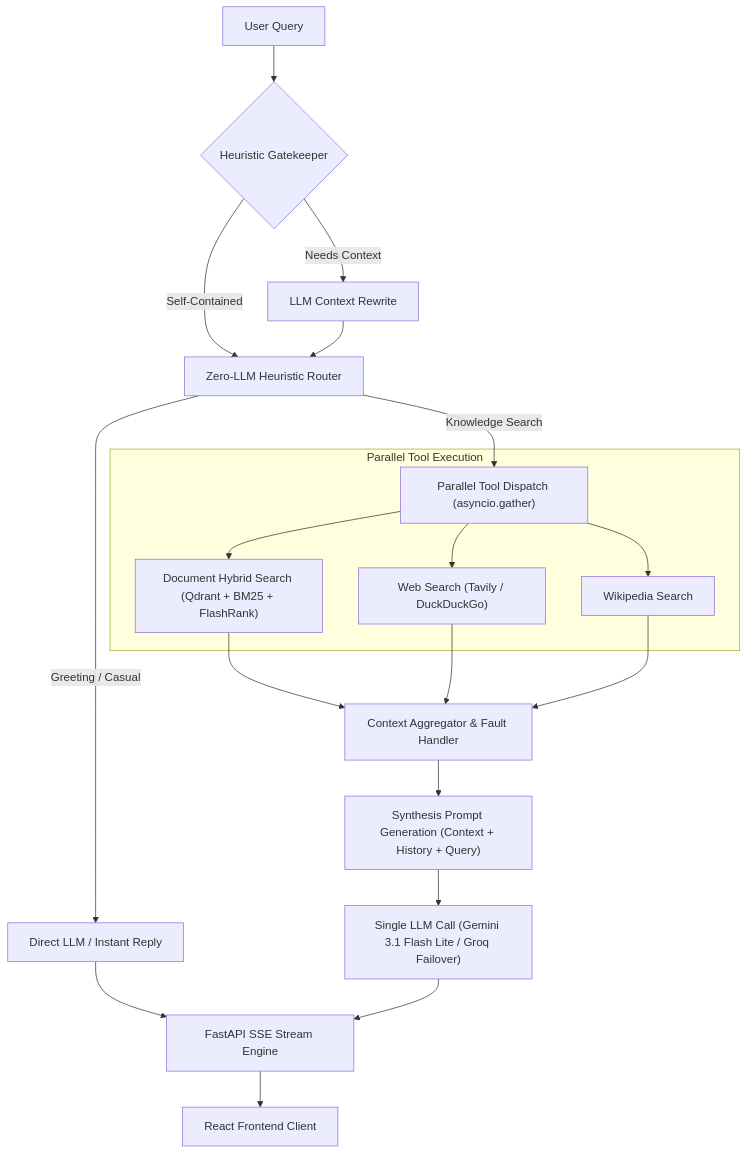
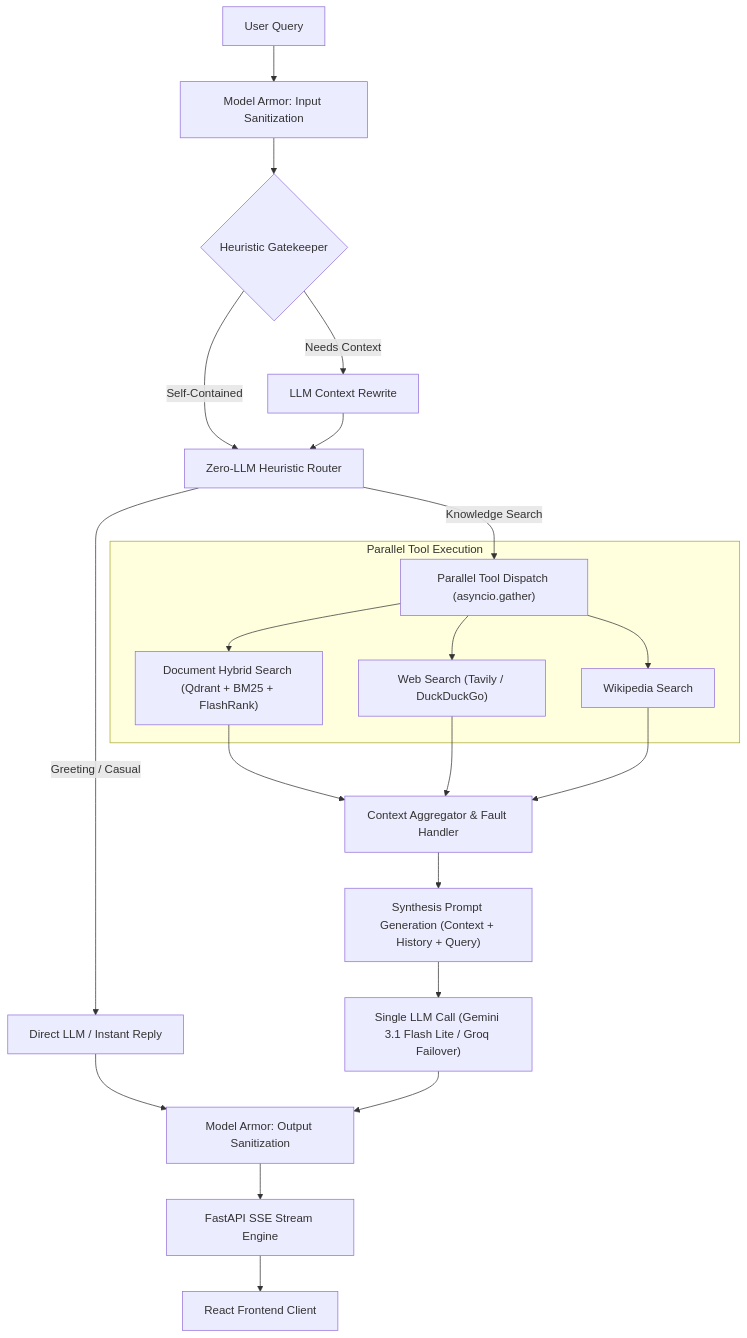
Before and after one commit to sushrutha777/AI-Platform-with-Agentic-Retrieval: the diagram in README.md, drawn with Mermaid. The commit also changed other lines of this file and 16 other files, not shown here.

Commit message:
Add Model Armor guardrails

````diff
--- a/README.md
+++ b/README.md
@@ -18,26 +18,28 @@
 ```mermaid
 flowchart TD
-    A[User Query] --> B{Heuristic Gatekeeper}
+    A[User Query] --> MAI["Model Armor: Input Sanitization"]
+    MAI --> B{Heuristic Gatekeeper}
     B -->|Needs Context| B1[LLM Context Rewrite]
     B -->|Self-Contained| C[Zero-LLM Heuristic Router]
     B1 --> C
     
     C -->|Greeting / Casual| D[Direct LLM / Instant Reply]
     C -->|Knowledge Search| E["Parallel Tool Dispatch (asyncio.gather)"]
     
     subgraph Parallel Tool Execution
         E --> F["Document Hybrid Search (Qdrant + BM25 + FlashRank)"]
         E --> G["Web Search (Tavily / DuckDuckGo)"]
         E --> H["Wikipedia Search"]
     end
     
     F --> I[Context Aggregator & Fault Handler]
     G --> I
     H --> I
     
     I --> J["Synthesis Prompt Generation (Context + History + Query)"]
     J --> K["Single LLM Call (Gemini 3.1 Flash Lite / Groq Failover)"]
-    D --> L[FastAPI SSE Stream Engine]
-    K --> L
+    D --> MAO["Model Armor: Output Sanitization"]
+    K --> MAO
+    MAO --> L[FastAPI SSE Stream Engine]
     L --> M[React Frontend Client]
 ```
````
